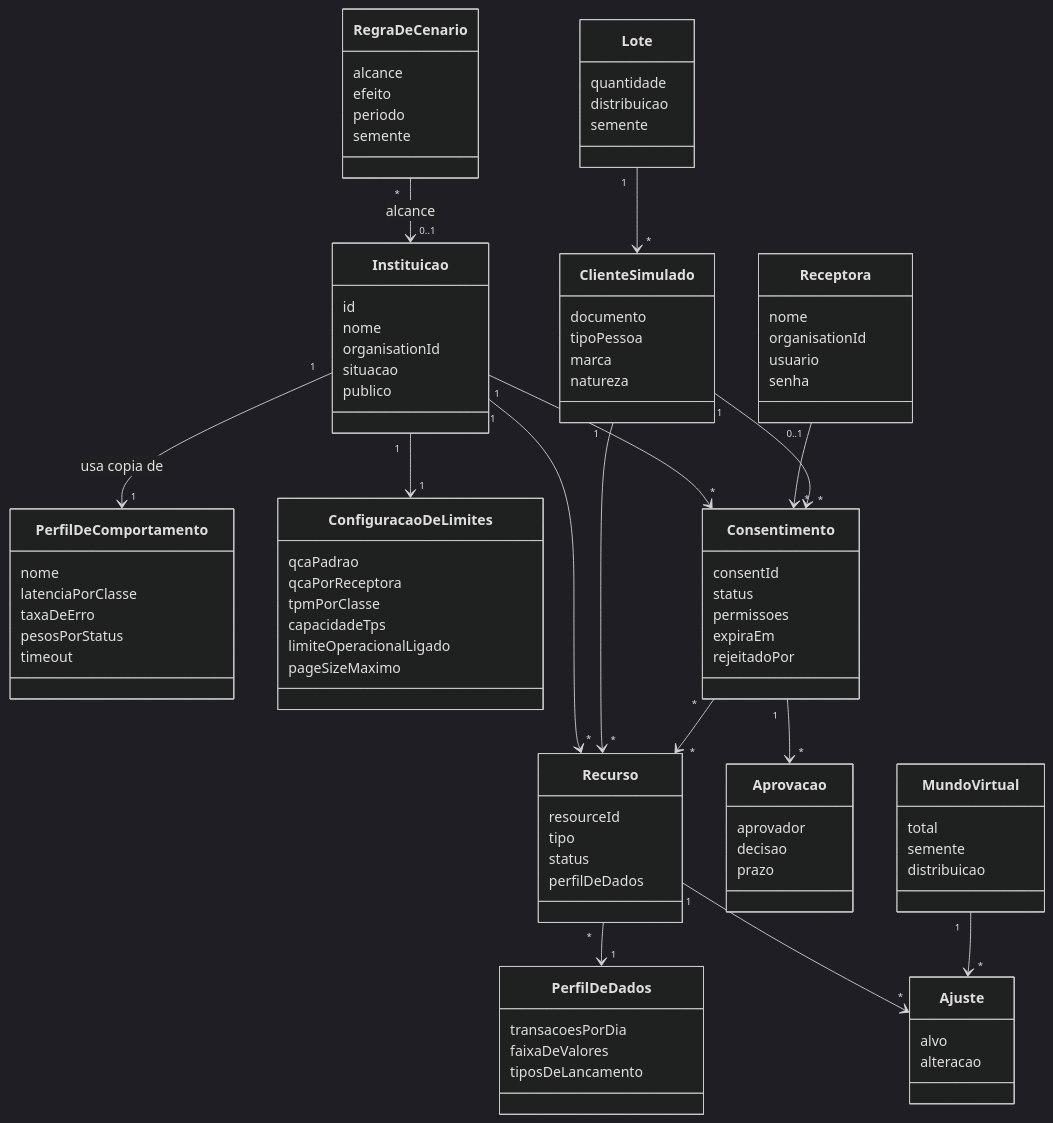
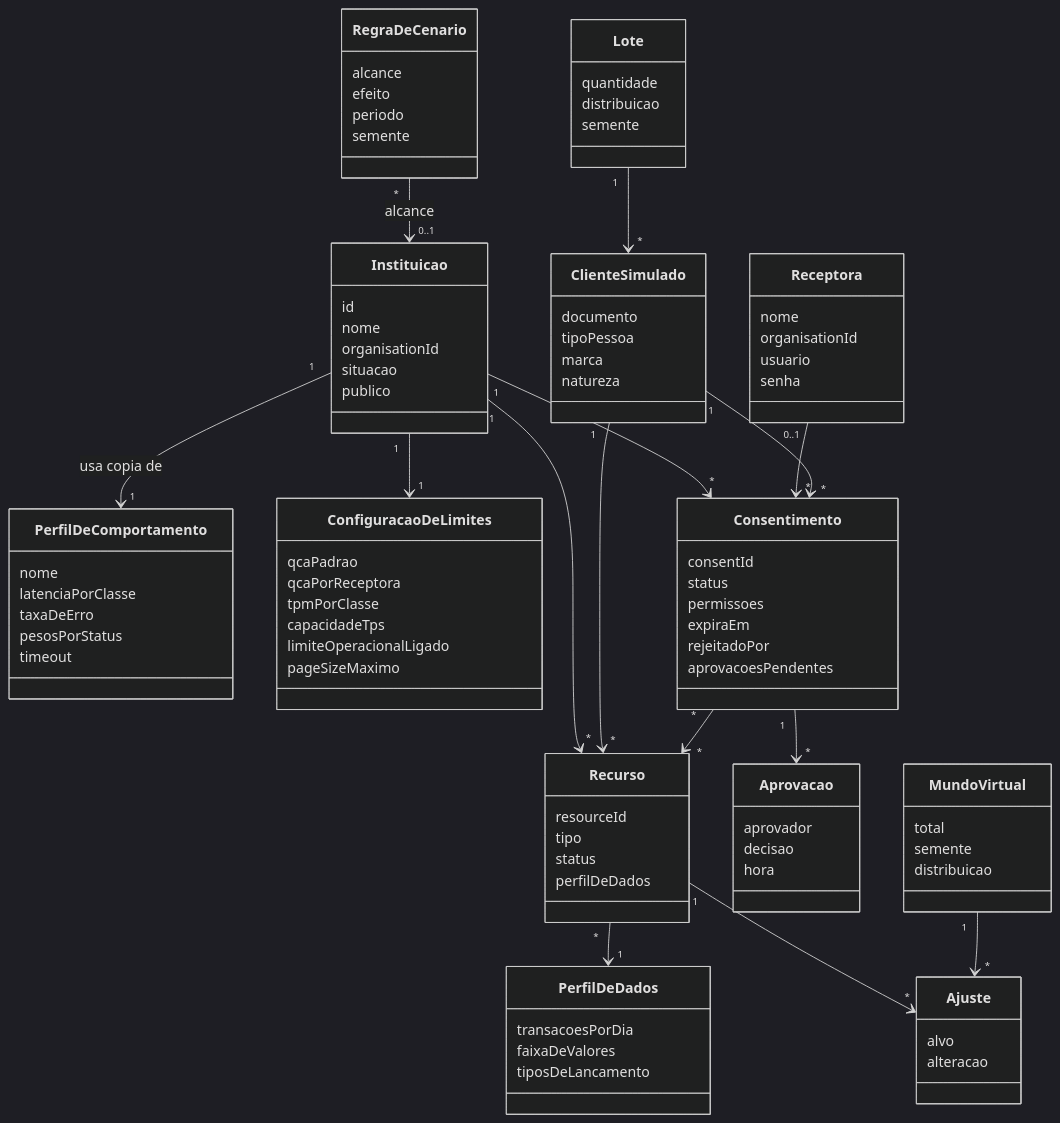
Before and after one commit to marcelosotto/open-finance-simulator: the first of 3 diagrams in docs/03-design/classes/modelo-de-dominio.md, drawn with Mermaid (dark theme). The commit also changed 6 other files, not shown here.

```diff
--- a/docs/03-design/classes/modelo-de-dominio.md
+++ b/docs/03-design/classes/modelo-de-dominio.md
@@ -44,6 +44,7 @@
     permissoes
     expiraEm
     rejeitadoPor
+    aprovacoesPendentes
   }
   class Recurso {
     resourceId
@@ -54,7 +55,7 @@
   class Aprovacao {
     aprovador
     decisao
-    prazo
+    hora
   }
   class PerfilDeDados {
     transacoesPorDia
```
